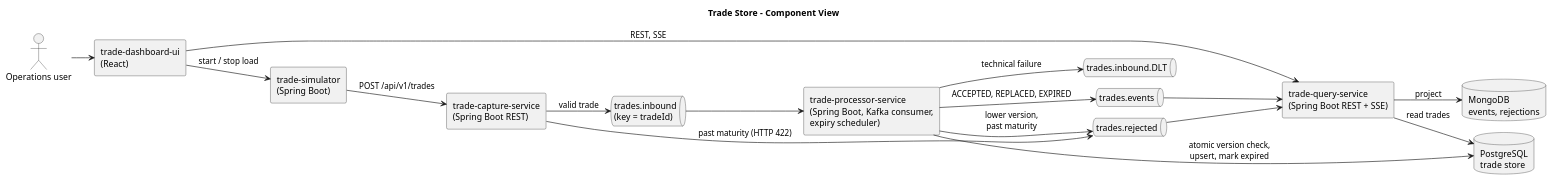
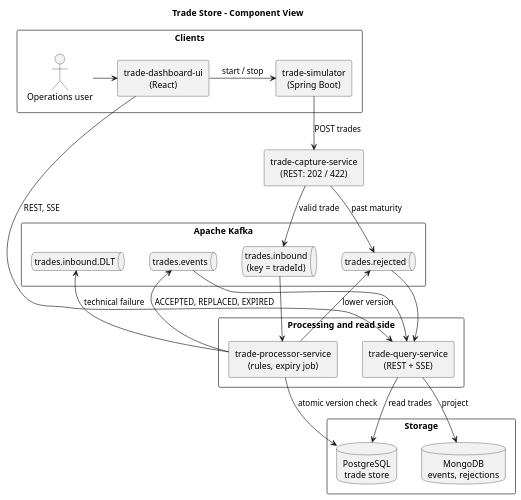
The diagram in docs/diagrams/component.puml (vijaydixitffis/dws-trade-app), drawn with PlantUML before and after one commit. The commit also changed 2 other files, not shown here.

Commit message:
docs: lay out the component diagram top to bottom in layers

```diff
--- a/docs/diagrams/component.puml
+++ b/docs/diagrams/component.puml
@@ -1,38 +1,54 @@
 @startuml component
-!pragma layout smetana
 title Trade Store - Component View
 skinparam componentStyle rectangle
-left to right direction
+skinparam defaultTextAlignment center
+skinparam nodesep 40
+skinparam ranksep 50
+top to bottom direction
 
-actor "Operations user" as user
+rectangle "Clients" as clients {
+  actor "Operations user" as user
+  component "trade-dashboard-ui\n(React)" as ui
+  component "trade-simulator\n(Spring Boot)" as sim
+}
 
-component "trade-simulator\n(Spring Boot)" as sim
-component "trade-dashboard-ui\n(React)" as ui
-component "trade-capture-service\n(Spring Boot REST)" as capture
-component "trade-processor-service\n(Spring Boot, Kafka consumer,\nexpiry scheduler)" as processor
-component "trade-query-service\n(Spring Boot REST + SSE)" as query
+component "trade-capture-service\n(REST: 202 / 422)" as capture
 
-queue "trades.inbound\n(key = tradeId)" as inbound
-queue "trades.events" as events
-queue "trades.rejected" as rejected
-queue "trades.inbound.DLT" as dlt
+rectangle "Apache Kafka" as kafka {
+  queue "trades.inbound\n(key = tradeId)" as inbound
+  queue "trades.events" as events
+  queue "trades.rejected" as rejected
+  queue "trades.inbound.DLT" as dlt
+  inbound -[hidden]right-> rejected
+  rejected -[hidden]right-> events
+  events -[hidden]right-> dlt
+}
 
-database "PostgreSQL\ntrade store" as pg
-database "MongoDB\nevents, rejections" as mongo
+rectangle "Processing and read side" as services {
+  component "trade-processor-service\n(rules, expiry job)" as processor
+  component "trade-query-service\n(REST + SSE)" as query
+  processor -[hidden]right-> query
+}
 
-user --> ui
-ui --> sim : start / stop load
-ui --> query : REST, SSE
-sim --> capture : POST /api/v1/trades
+rectangle "Storage" as storage {
+  database "PostgreSQL\ntrade store" as pg
+  database "MongoDB\nevents, rejections" as mongo
+  pg -[hidden]right-> mongo
+}
+
+user -right-> ui
+ui -right-> sim : start / stop
+ui -[norank]-> query : REST, SSE
+sim -down-> capture : POST trades
 capture --> inbound : valid trade
-capture --> rejected : past maturity (HTTP 422)
+capture --> rejected : past maturity
 inbound --> processor
-processor --> pg : atomic version check,\nupsert, mark expired
 processor --> events : ACCEPTED, REPLACED, EXPIRED
-processor --> rejected : lower version,\npast maturity
+processor --> rejected : lower version
 processor --> dlt : technical failure
+processor -down-> pg : atomic version check
 events --> query
 rejected --> query
-query --> mongo : project
-query --> pg : read trades
+query -down-> mongo : project
+query -down-> pg : read trades
 @enduml
```
